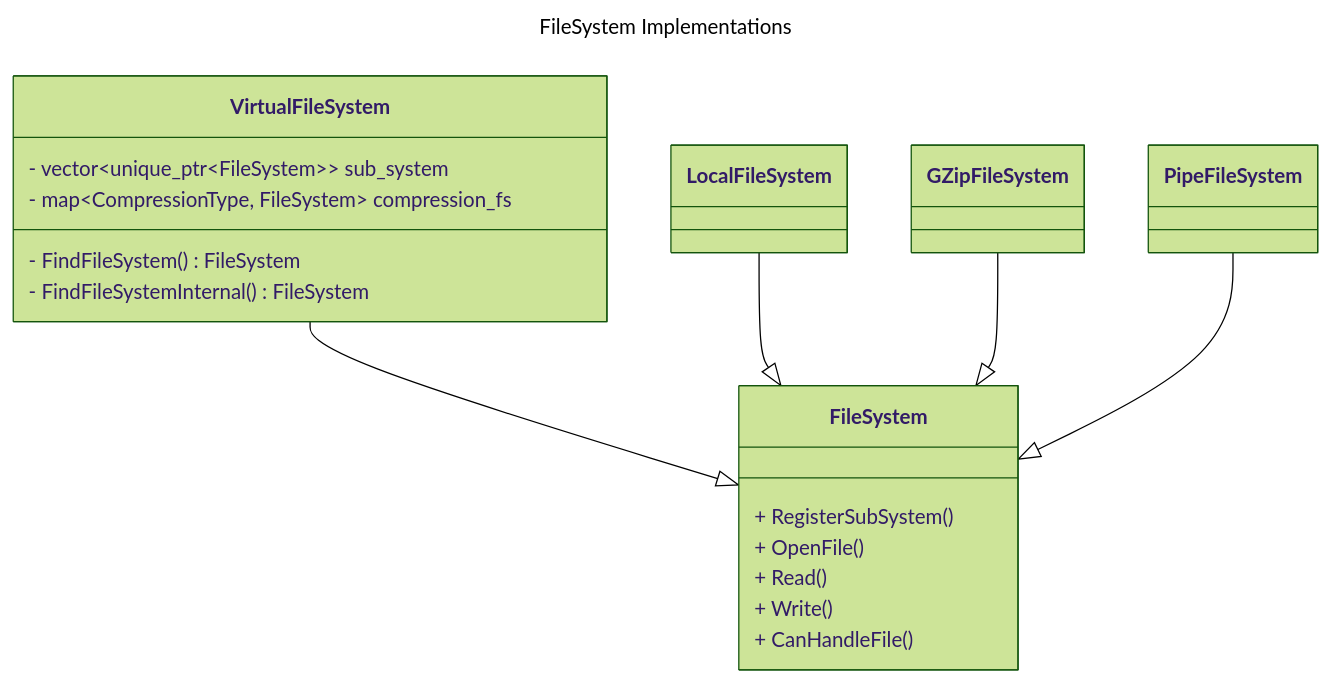
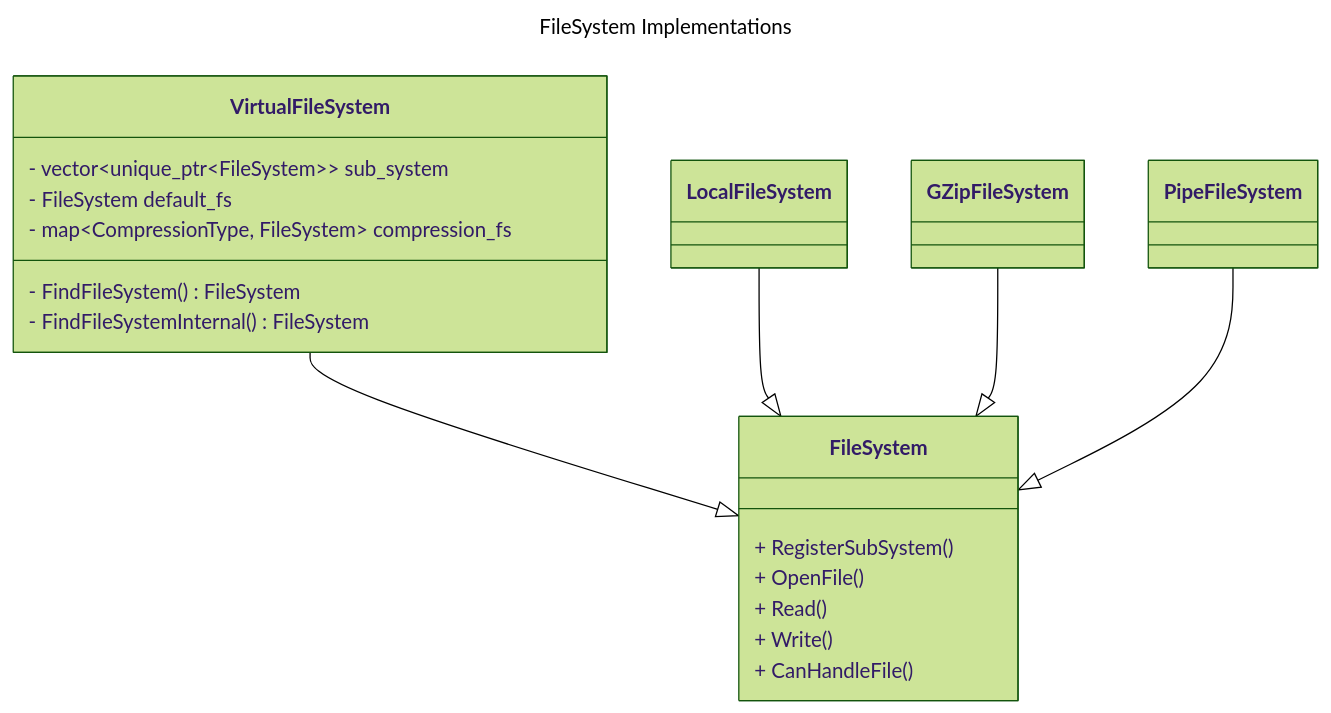
Before and after one commit to Tietgen-ITU/research-project: the first of 2 diagrams in docs/duckdb/file-system.md, drawn with Mermaid (forest theme). The commit also changed other lines of this file and 1 other file, not shown here.

````diff
--- a/docs/duckdb/file-system.md
+++ b/docs/duckdb/file-system.md
@@ -11,24 +11,25 @@
 ```mermaid
 ---
 title: FileSystem Implementations
 ---
 classDiagram
     VirtualFileSystem --|> FileSystem
     LocalFileSystem --|> FileSystem
     GZipFileSystem --|> FileSystem
     PipeFileSystem --|> FileSystem
     class FileSystem {
         + RegisterSubSystem()
         + OpenFile()
         + Read()
         + Write()
         + CanHandleFile()
     }
     class VirtualFileSystem {
         - vector~unique_ptr~FileSystem~~ sub_system 
+        - FileSystem default_fs
         - map~CompressionType, FileSystem~ compression_fs 
         - FindFileSystem() FileSystem
         - FindFileSystemInternal() FileSystem
     }
 
 ```
````
